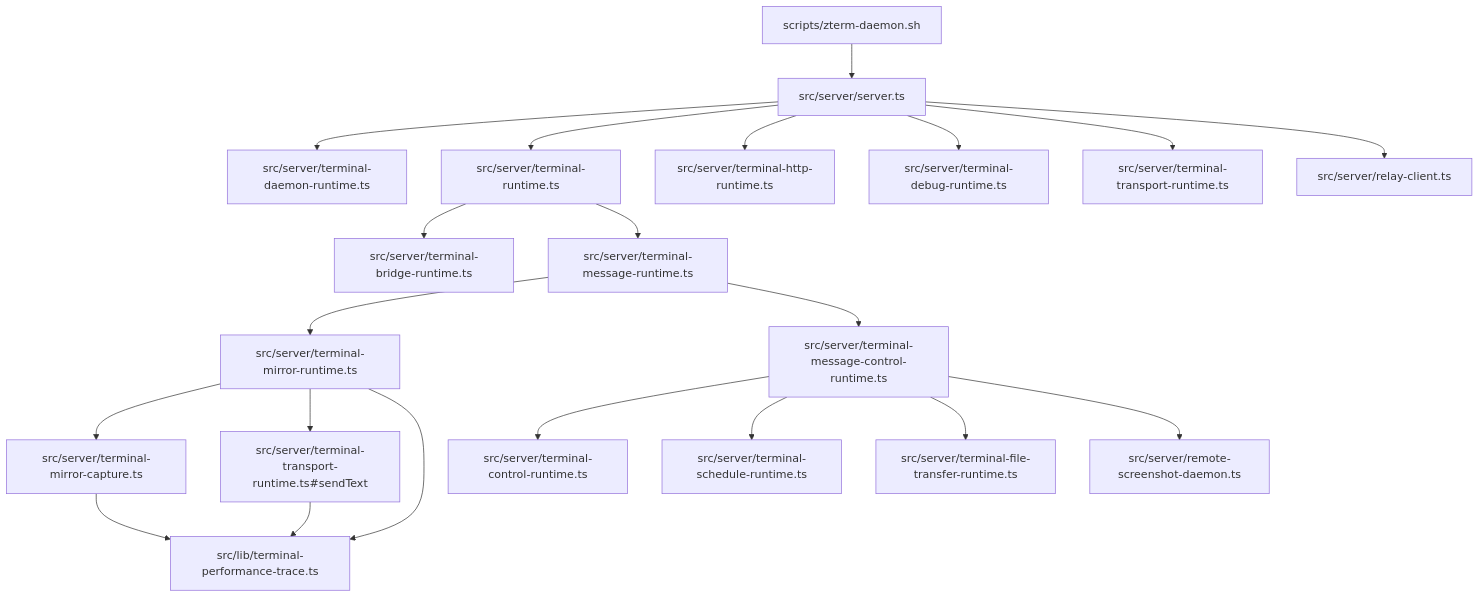
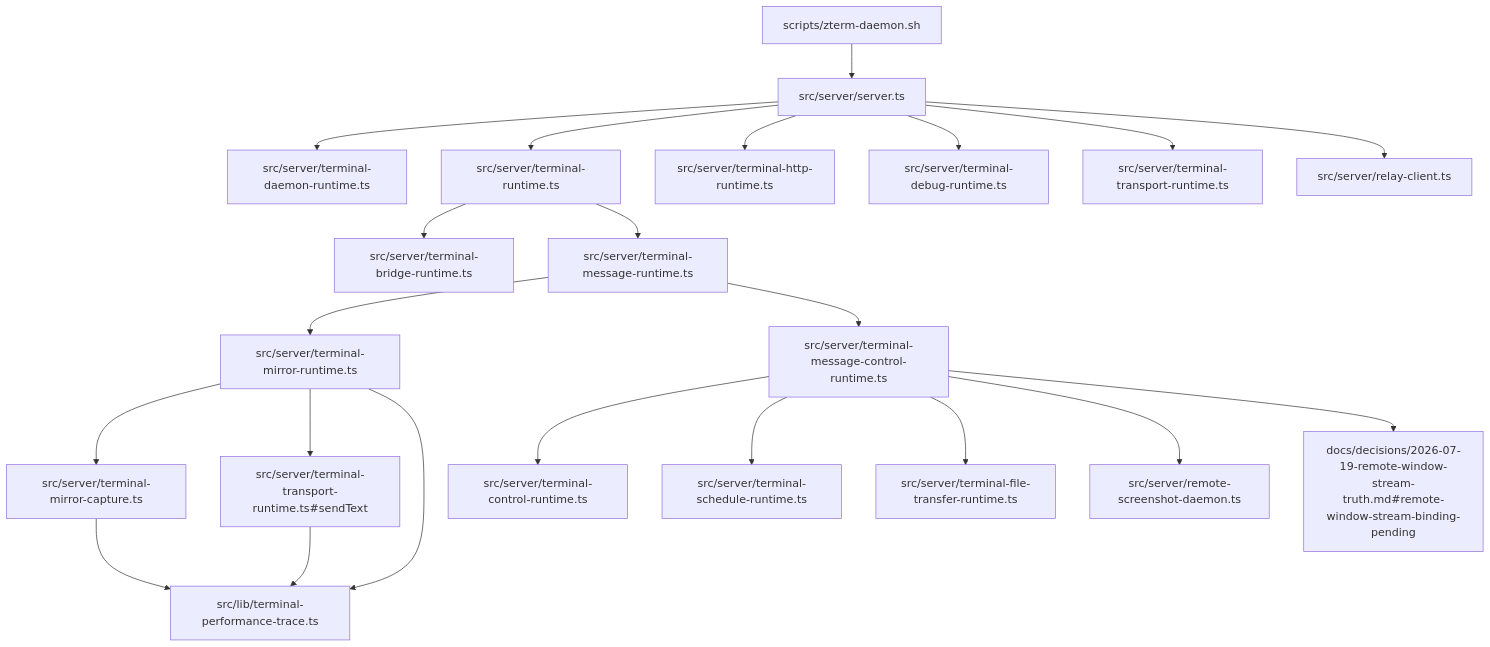
The third of 5 diagrams in android/docs/wiki/mainline-source.md (Jasonzhangf/zterm), drawn with Mermaid before and after one commit. The commit also changed other lines of this file and 11 other files, not shown here.

Commit message:
docs: map remote window stream truth

````diff
--- a/android/docs/wiki/mainline-source.md
+++ b/android/docs/wiki/mainline-source.md
@@ -74,23 +75,24 @@
 ```mermaid
 flowchart TD
   CLI["scripts/zterm-daemon.sh"] --> Server["src/server/server.ts"]
   Server --> DaemonRuntime["src/server/terminal-daemon-runtime.ts"]
   Server --> Runtime["src/server/terminal-runtime.ts"]
   Runtime --> Bridge["src/server/terminal-bridge-runtime.ts"]
   Runtime --> Message["src/server/terminal-message-runtime.ts"]
   Message --> Mirror["src/server/terminal-mirror-runtime.ts"]
   Mirror --> Capture["src/server/terminal-mirror-capture.ts"]
   Mirror --> TransportSend["src/server/terminal-transport-runtime.ts#sendText"]
   Capture --> PerformanceTrace["src/lib/terminal-performance-trace.ts"]
   Mirror --> PerformanceTrace
   TransportSend --> PerformanceTrace
   Message --> Control["src/server/terminal-message-control-runtime.ts"]
   Control --> Tmux["src/server/terminal-control-runtime.ts"]
   Control --> Schedule["src/server/terminal-schedule-runtime.ts"]
   Control --> Transfer["src/server/terminal-file-transfer-runtime.ts"]
   Control --> Screenshot["src/server/remote-screenshot-daemon.ts"]
+  Control --> RemoteWindowStream["docs/decisions/2026-07-19-remote-window-stream-truth.md#remote-window-stream-binding-pending"]
   Server --> Http["src/server/terminal-http-runtime.ts"]
   Server --> Debug["src/server/terminal-debug-runtime.ts"]
   Server --> Transport["src/server/terminal-transport-runtime.ts"]
   Server --> Relay["src/server/relay-client.ts"]
 ```
````
